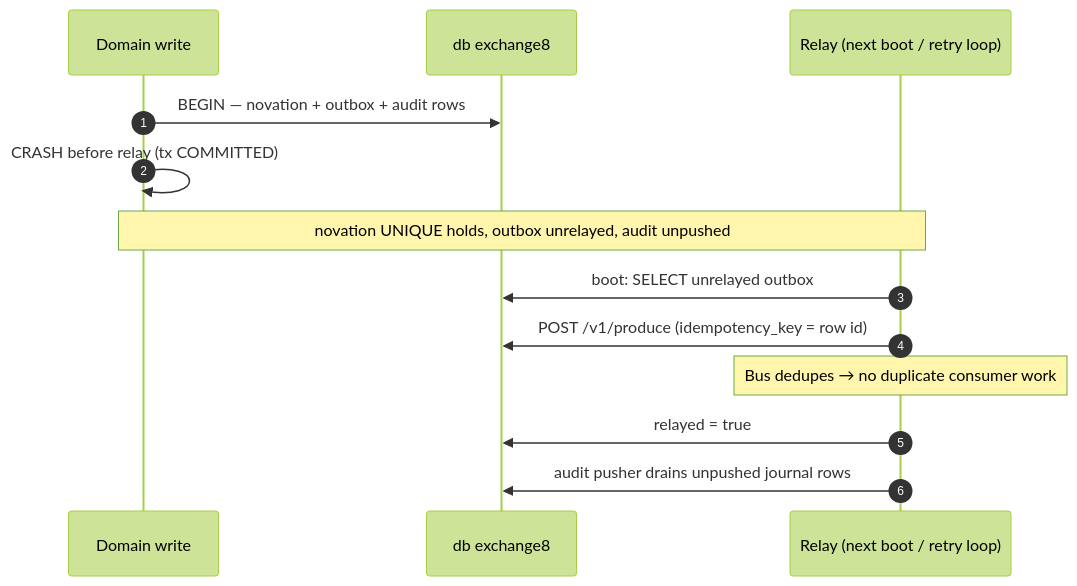
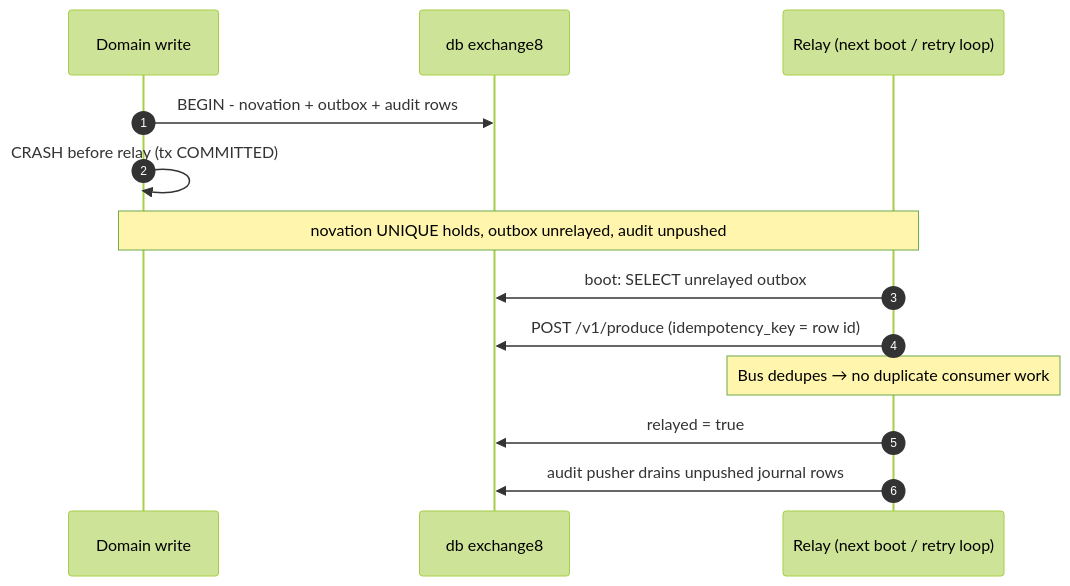
Before and after one commit to Exchange8-dev/exchange8-settlement: diagram 21 of 23 in DESIGN.md, drawn with Mermaid (forest theme). The commit also changed other lines of this file and 20 other files, not shown here.

````diff
--- a/DESIGN.md
+++ b/DESIGN.md
@@ -676,16 +676,16 @@
 ```mermaid
 sequenceDiagram
     autonumber
     participant W as Domain write
     participant DB as db exchange8
     participant R as Relay (next boot / retry loop)
 
-    W->>DB: BEGIN — novation + outbox + audit rows
+    W->>DB: BEGIN - novation + outbox + audit rows
     W->>W: CRASH before relay (tx COMMITTED)
     Note over W,R: novation UNIQUE holds, outbox unrelayed, audit unpushed
     R->>DB: boot: SELECT unrelayed outbox
     R->>DB: POST /v1/produce (idempotency_key = row id)
     Note over R: Bus dedupes → no duplicate consumer work
     R->>DB: relayed = true
     R->>DB: audit pusher drains unpushed journal rows
 ```
````
